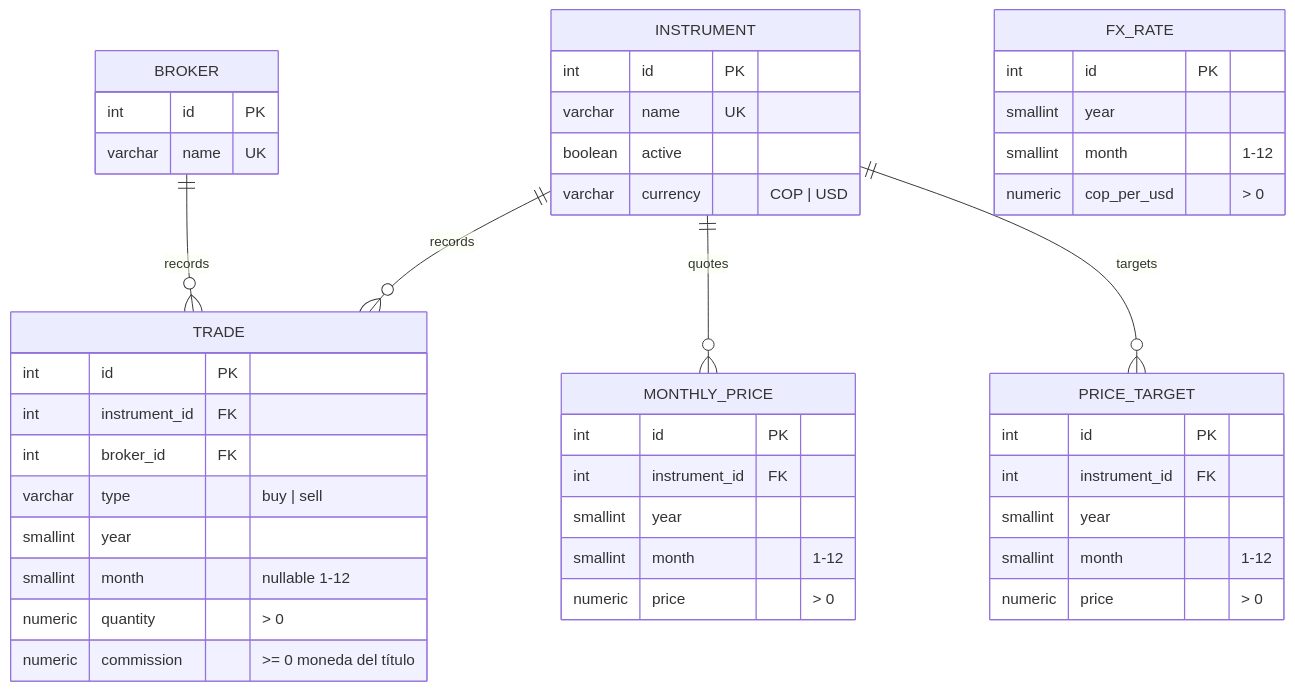
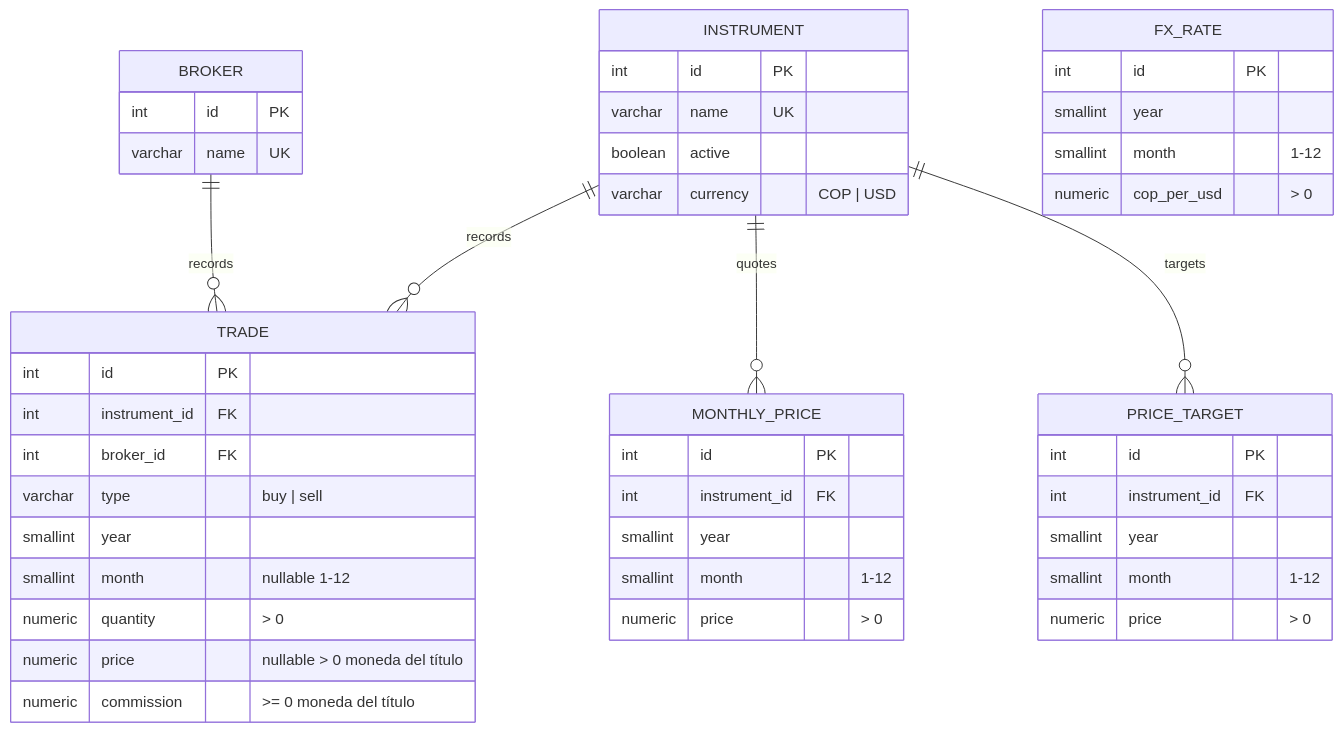
The second of 3 diagrams in README.es.md (sebasvalencia/stocks), drawn with Mermaid before and after one commit. The commit also changed other lines of this file and 14 other files, not shown here.

````diff
--- a/README.es.md
+++ b/README.es.md
@@ -210,48 +211,49 @@
 ```mermaid
 erDiagram
   BROKER {
     int id PK
     varchar name UK
   }
   INSTRUMENT {
     int id PK
     varchar name UK
     boolean active
     varchar currency "COP | USD"
   }
   TRADE {
     int id PK
     int instrument_id FK
     int broker_id FK
     varchar type "buy | sell"
     smallint year
     smallint month "nullable 1-12"
     numeric quantity "> 0"
+    numeric price "nullable > 0 moneda del título"
     numeric commission ">= 0 moneda del título"
   }
   MONTHLY_PRICE {
     int id PK
     int instrument_id FK
     smallint year
     smallint month "1-12"
     numeric price "> 0"
   }
   PRICE_TARGET {
     int id PK
     int instrument_id FK
     smallint year
     smallint month "1-12"
     numeric price "> 0"
   }
   FX_RATE {
     int id PK
     smallint year
     smallint month "1-12"
     numeric cop_per_usd "> 0"
   }
 
   BROKER ||--o{ TRADE : records
   INSTRUMENT ||--o{ TRADE : records
   INSTRUMENT ||--o{ MONTHLY_PRICE : quotes
   INSTRUMENT ||--o{ PRICE_TARGET : targets
 ```
````
